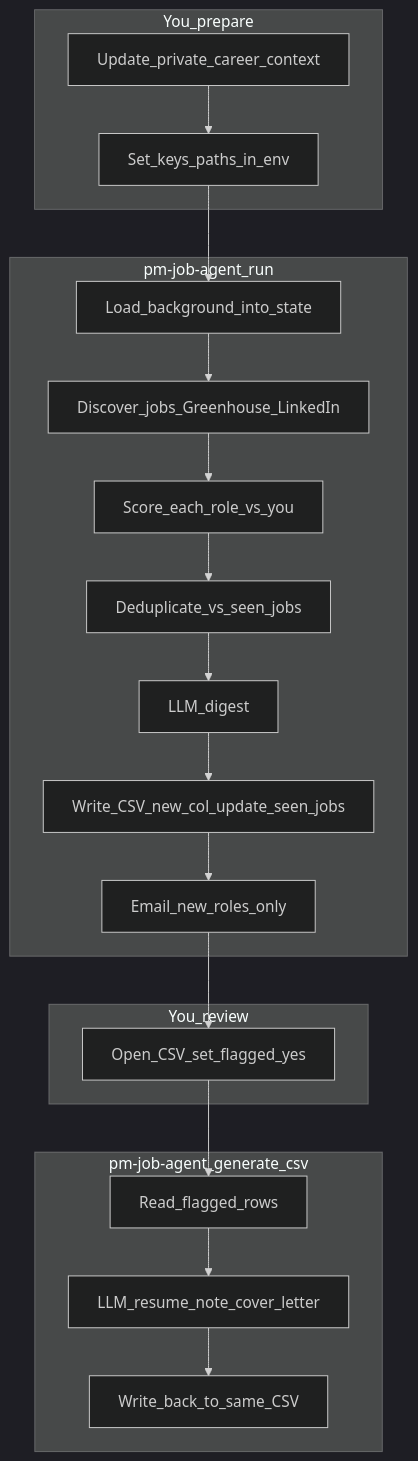
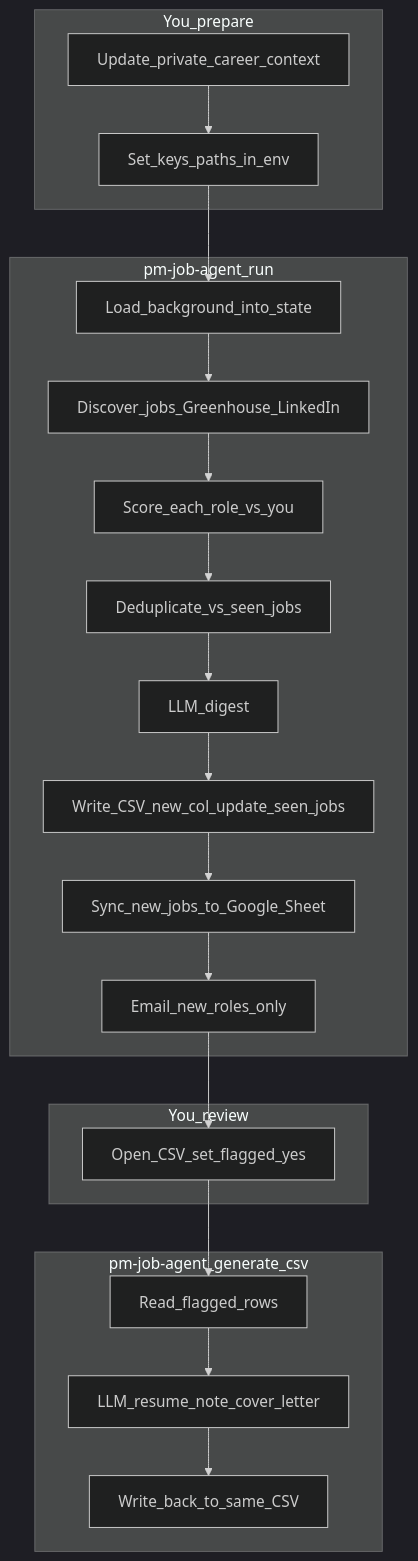
Before and after one commit to ravigahlla/pm-job-agent: the diagram in README.md, drawn with Mermaid (dark theme). The commit also changed other lines of this file and 8 other files, not shown here.

First line of the commit message:
feat: add Google Sheets cross-run job tracker

````diff
--- a/README.md
+++ b/README.md
@@ -16,40 +16,42 @@
 ```mermaid
 flowchart TB
   subgraph prep [You_prepare]
     writeContext[Update_private_career_context]
     writeEnv[Set_keys_paths_in_env]
   end
 
   subgraph run [pm-job-agent_run]
     loadBg[Load_background_into_state]
     gather[Discover_jobs_Greenhouse_LinkedIn]
     rank[Score_each_role_vs_you]
     dedup[Deduplicate_vs_seen_jobs]
     digest[LLM_digest]
     persist[Write_CSV_new_col_update_seen_jobs]
+    syncSheets[Sync_new_jobs_to_Google_Sheet]
     notifyEmail["Email_new_roles_only"]
   end
 
   subgraph review [You_review]
     openCSV[Open_CSV_set_flagged_yes]
   end
 
   subgraph generate [pm-job-agent_generate_csv]
     readFlagged[Read_flagged_rows]
     genDocs[LLM_resume_note_cover_letter]
     writeBack[Write_back_to_same_CSV]
   end
 
   writeContext --> writeEnv
   writeEnv --> loadBg
   loadBg --> gather
   gather --> rank
   rank --> dedup
   dedup --> digest
   digest --> persist
-  persist --> notifyEmail
+  persist --> syncSheets
+  syncSheets --> notifyEmail
   notifyEmail --> openCSV
   openCSV --> readFlagged
   readFlagged --> genDocs
   genDocs --> writeBack
 ```
````
